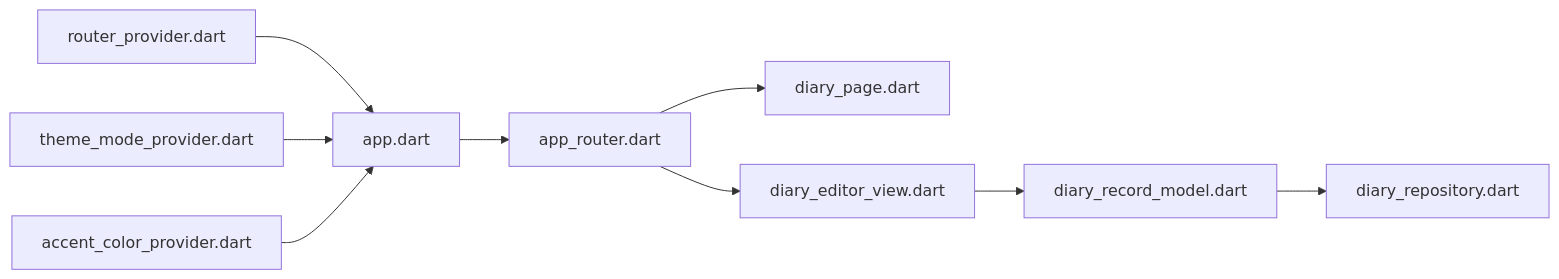
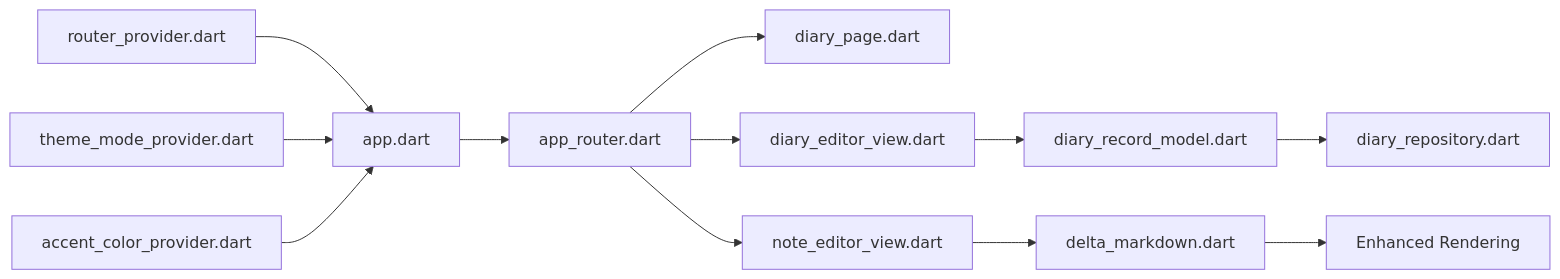
Before and after one commit to favoroo/QNote: the ninth of 9 diagrams in .qoder/repowiki/en/content/UI Components and Pages/UI Components and Pages.md, drawn with Mermaid. The commit also changed other lines of this file and 114 other files, not shown here.

````diff
--- a/.qoder/repowiki/en/content/UI Components and Pages/UI Components and Pages.md
+++ b/.qoder/repowiki/en/content/UI Components and Pages/UI Components and Pages.md
@@ -316,11 +405,14 @@
 ```mermaid
 graph LR
 ROUTER_PROVIDER["router_provider.dart"] --> APP_SHELL["app.dart"]
 THEME_PROVIDER["theme_mode_provider.dart"] --> APP_SHELL
 ACCENT_PROVIDER["accent_color_provider.dart"] --> APP_SHELL
 APP_SHELL --> ROUTER["app_router.dart"]
 ROUTER --> DIARY_PAGE["diary_page.dart"]
-ROUTER --> EDITOR_VIEW["diary_editor_view.dart"]
-EDITOR_VIEW --> MODEL["diary_record_model.dart"]
+ROUTER --> DIARY_EDITOR["diary_editor_view.dart"]
+ROUTER --> NOTE_EDITOR["note_editor_view.dart"]
+DIARY_EDITOR --> MODEL["diary_record_model.dart"]
 MODEL --> REPO["diary_repository.dart"]
+NOTE_EDITOR --> DELTA_MD["delta_markdown.dart"]
+DELTA_MD --> RENDERING["Enhanced Rendering"]
 ```
````
